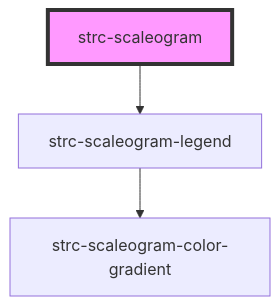
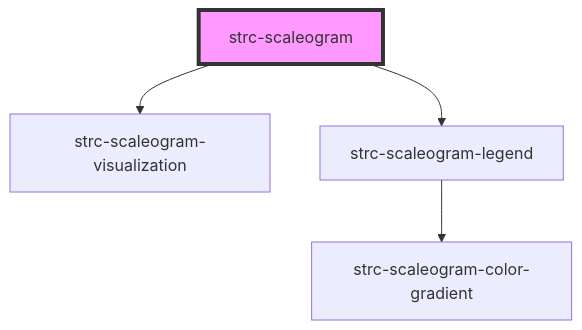
Before and after one commit to Symmetronic/strc-scaleogram: the diagram in src/components/scaleogram/readme.md, drawn with Mermaid. The commit also changed other lines of this file and 6 other files, not shown here.

````diff
--- a/src/components/scaleogram/readme.md
+++ b/src/components/scaleogram/readme.md
@@ -24,6 +25,7 @@
 ```mermaid
 graph TD;
+  strc-scaleogram --> strc-scaleogram-visualization
   strc-scaleogram --> strc-scaleogram-legend
   strc-scaleogram-legend --> strc-scaleogram-color-gradient
   style strc-scaleogram fill:#f9f,stroke:#333,stroke-width:4px
 ```
````
